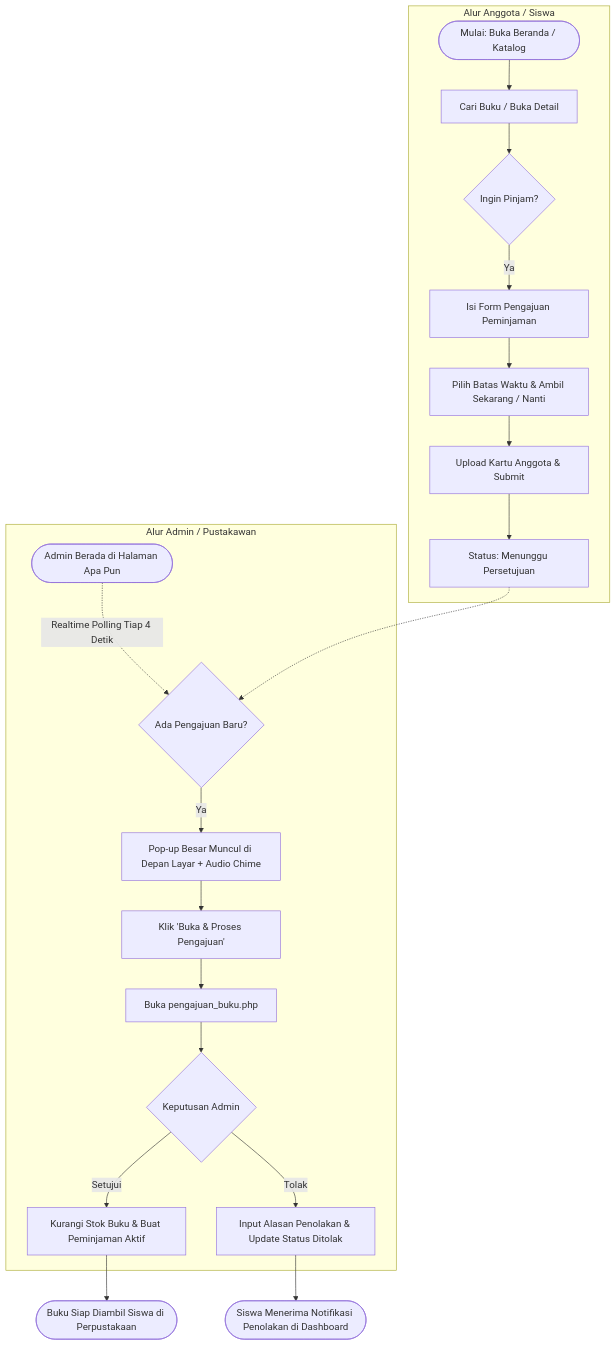
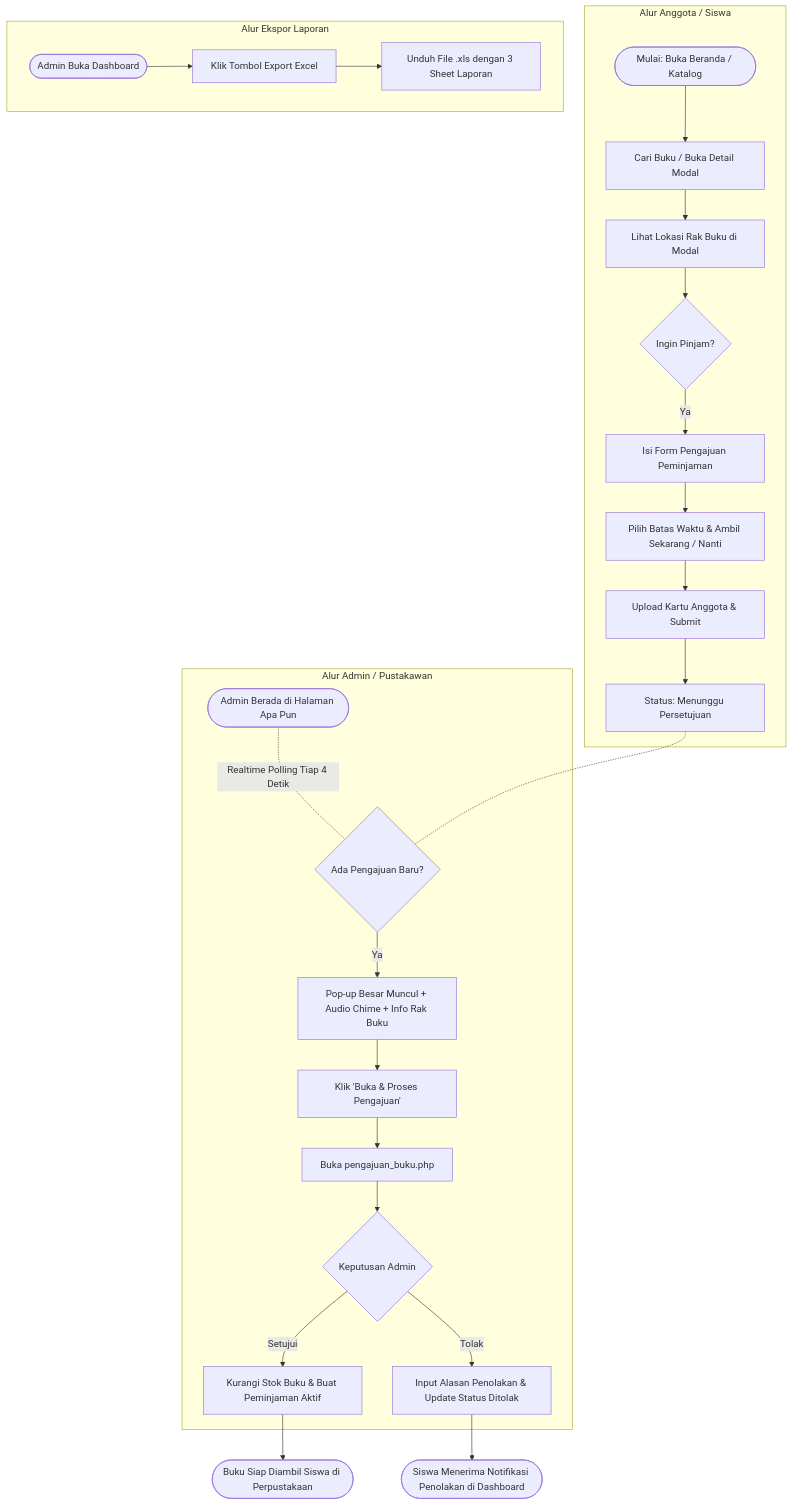
Before and after one commit to syahrulallabimansyah-ui/ujikom: the diagram in docs/PRD_Aksa_Nova.md, drawn with Mermaid. The commit also changed other lines of this file and 13 other files, not shown here.

````diff
--- a/docs/PRD_Aksa_Nova.md
+++ b/docs/PRD_Aksa_Nova.md
@@ -96,25 +110,31 @@
 ```mermaid
 flowchart TD
     subgraph Anggota_Flow["Alur Anggota / Siswa"]
-        A1([Mulai: Buka Beranda / Katalog]) --> A2[Cari Buku / Buka Detail]
-        A2 --> A3{Ingin Pinjam?}
+        A1([Mulai: Buka Beranda / Katalog]) --> A2[Cari Buku / Buka Detail Modal]
+        A2 --> A2b[Lihat Lokasi Rak Buku di Modal]
+        A2b --> A3{Ingin Pinjam?}
         A3 -- Ya --> A4[Isi Form Pengajuan Peminjaman]
         A4 --> A5[Pilih Batas Waktu & Ambil Sekarang / Nanti]
         A5 --> A6[Upload Kartu Anggota & Submit]
         A6 --> A7[Status: Menunggu Persetujuan]
     end
 
     subgraph Admin_Flow["Alur Admin / Pustakawan"]
-        B1([Admin Berada di Halaman Apa Pun]) -.->|Realtime Polling Tiap 4 Detik| B2{Ada Pengajuan Baru?}
-        B2 -- Ya --> B3[Pop-up Besar Muncul di Depan Layar + Audio Chime]
+        B1([Admin Berada di Halaman Apa Pun]) -.-|Realtime Polling Tiap 4 Detik| B2{Ada Pengajuan Baru?}
+        B2 -- Ya --> B3[Pop-up Besar Muncul + Audio Chime + Info Rak Buku]
         B3 --> B4[Klik 'Buka & Proses Pengajuan']
         B4 --> B5[Buka pengajuan_buku.php]
         B5 --> B6{Keputusan Admin}
         B6 -- Setujui --> B7[Kurangi Stok Buku & Buat Peminjaman Aktif]
         B6 -- Tolak --> B8[Input Alasan Penolakan & Update Status Ditolak]
     end
 
-    A7 -.-> B2
-    B7 --> C1([Buku Siap Diambil Siswa di Perpustakaan])
-    B8 --> C2([Siswa Menerima Notifikasi Penolakan di Dashboard])
+    subgraph Laporan_Flow["Alur Ekspor Laporan"]
+        C1([Admin Buka Dashboard]) --> C2[Klik Tombol Export Excel]
+        C2 --> C3[Unduh File .xls dengan 3 Sheet Laporan]
+    end
+
+    A7 -.- B2
+    B7 --> D1([Buku Siap Diambil Siswa di Perpustakaan])
+    B8 --> D2([Siswa Menerima Notifikasi Penolakan di Dashboard])
 ```
````
